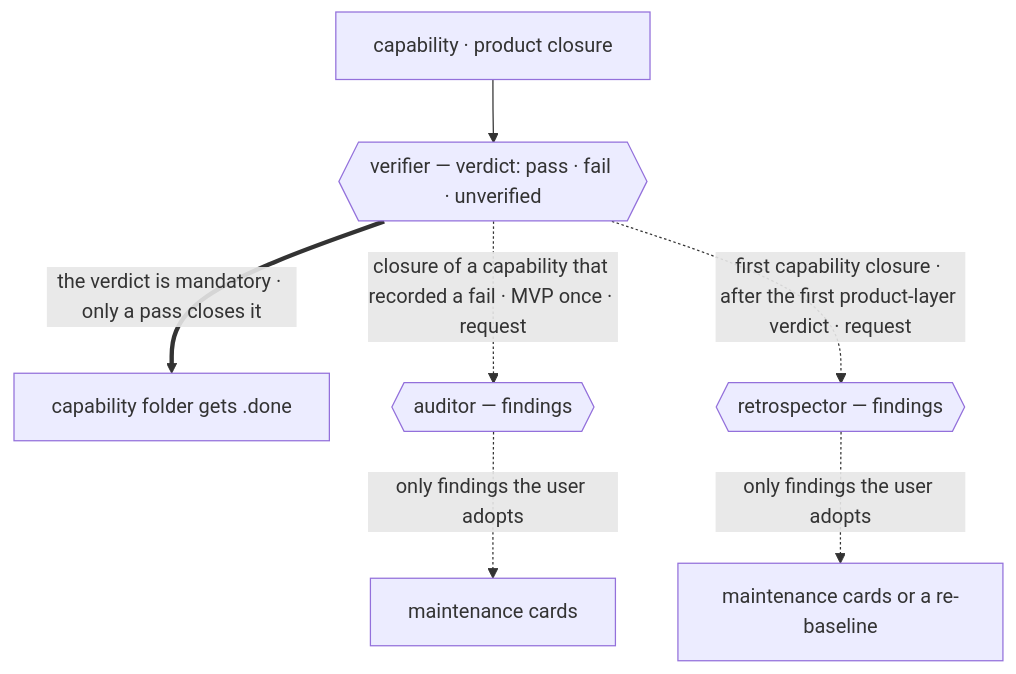
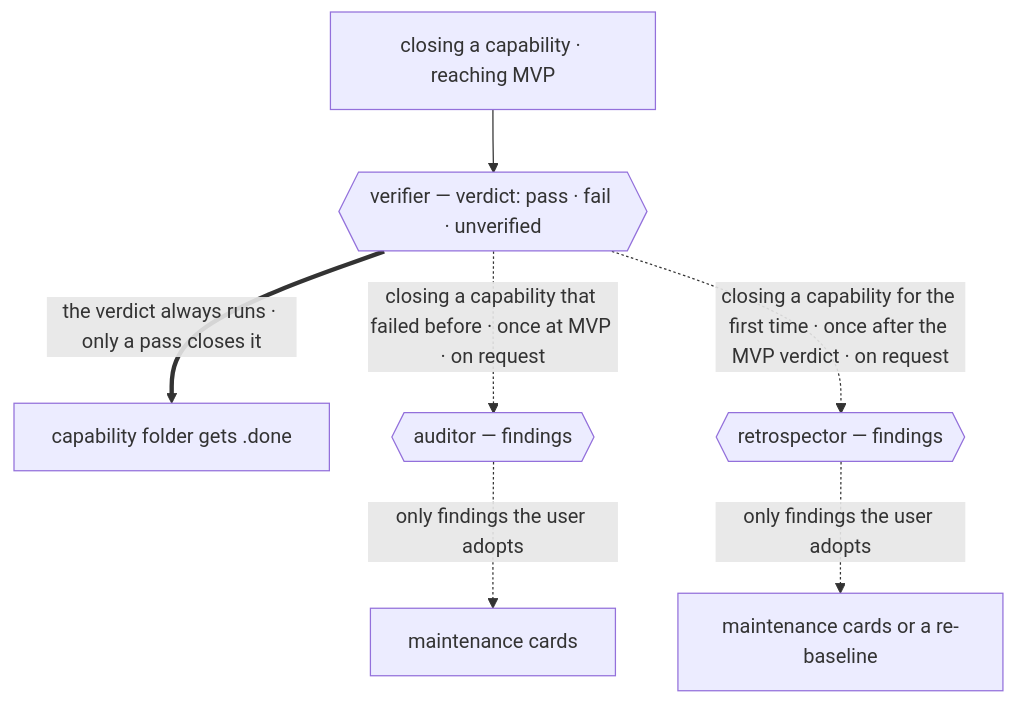
One commit to nanomia-ai/devflow changed the fourth of 5 diagrams in README.md. Above: the diagram before and after it, drawn with Mermaid. The commit also changed other lines of this file and 2 other files, not shown here.

````diff
--- a/README.md
+++ b/README.md
@@ -242,9 +241,9 @@
 ```mermaid
 flowchart TB
-    CL["capability · product closure"] --> VF{{"verifier — verdict: pass · fail · unverified"}}
-    VF ==>|"the verdict is mandatory · only a pass closes it"| DN["capability folder gets .done"]
-    VF -.->|"closure of a capability that recorded a fail · MVP once · request"| AU{{"auditor — findings"}}
-    VF -.->|"first capability closure · after the first product-layer verdict · request"| RT{{"retrospector — findings"}}
+    CL["closing a capability · reaching MVP"] --> VF{{"verifier — verdict: pass · fail · unverified"}}
+    VF ==>|"the verdict always runs · only a pass closes it"| DN["capability folder gets .done"]
+    VF -.->|"closing a capability that failed before · once at MVP · on request"| AU{{"auditor — findings"}}
+    VF -.->|"closing a capability for the first time · once after the MVP verdict · on request"| RT{{"retrospector — findings"}}
     AU -.->|"only findings the user adopts"| MC["maintenance cards"]
     RT -.->|"only findings the user adopts"| RB["maintenance cards or a re-baseline"]
 ```
````
